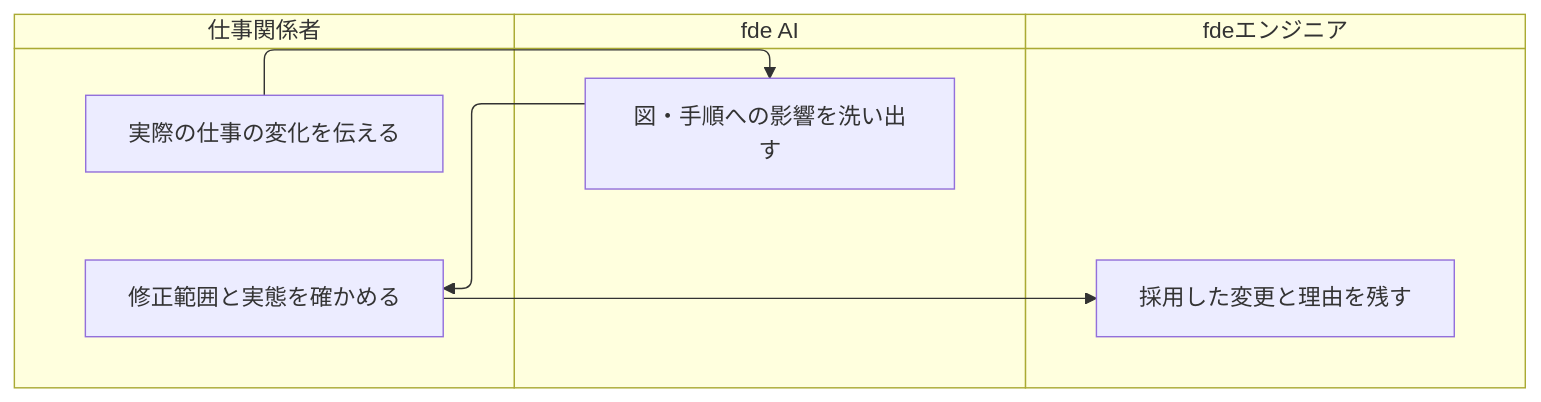
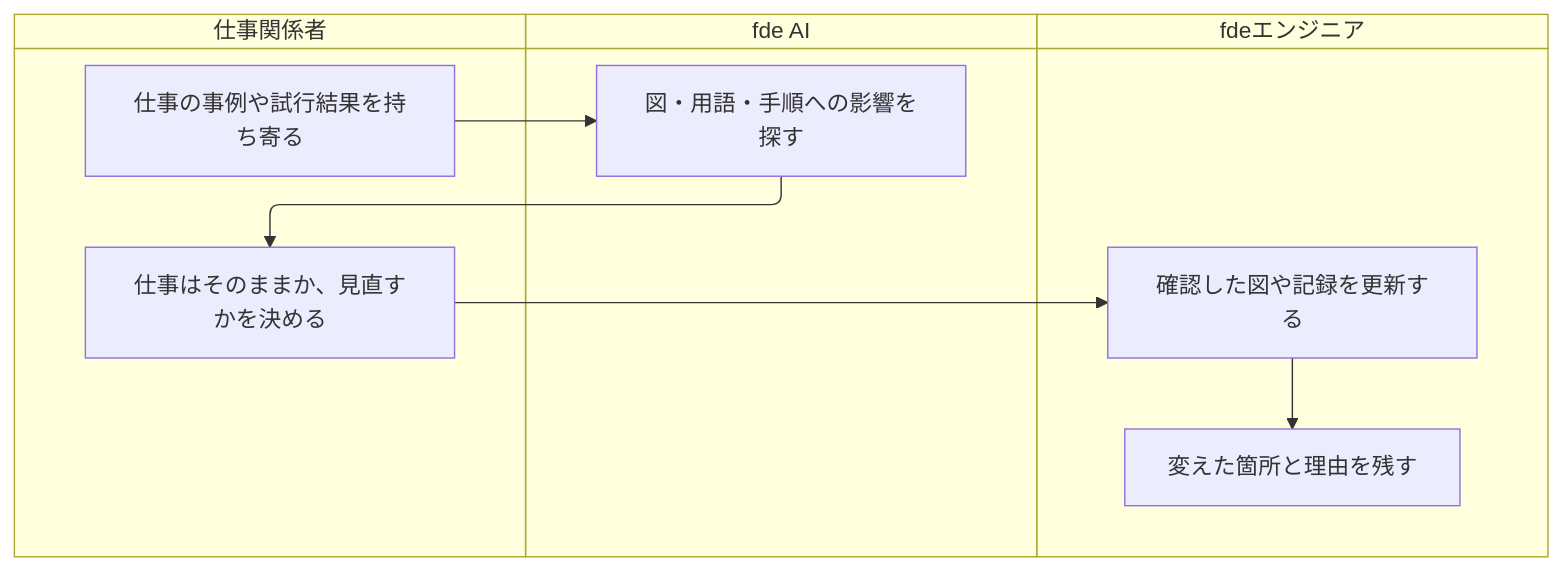
Before and after one commit to maakbo/fde: the second of 2 diagrams in experiments/fde-product-pivot/visualization/work/maintain/README.md, drawn with Mermaid. The commit also changed other lines of this file and 6 other files, not shown here.

````diff
--- a/experiments/fde-product-pivot/visualization/work/maintain/README.md
+++ b/experiments/fde-product-pivot/visualization/work/maintain/README.md
@@ -50,15 +64,16 @@
 ```mermaid
 swimlane-beta TB
-  %% 展開対象: b_maintain。仕事関係者の確認を飛ばさない。
+  %% 手順は上から下。誰が判断し、どこで情報を受け渡すかを示す。
   subgraph people [仕事関係者]
-    ask["実際の仕事の変化を伝える"]
-    check["修正範囲と実態を確かめる"]
+    note["仕事の事例や試行結果を持ち寄る"]
+    confirm["仕事はそのままか、見直すかを決める"]
   end
-  subgraph assistant_role [fde AI]
-    prepare["図・手順への影響を洗い出す"]
+  subgraph ai [fde AI]
+    impact["図・用語・手順への影響を探す"]
   end
   subgraph engineer [fdeエンジニア]
-    record["採用した変更と理由を残す"]
+    update["確認した図や記録を更新する"]
+    record["変えた箇所と理由を残す"]
   end
-  ask --> prepare --> check --> record
+  note --> impact --> confirm --> update --> record
 ```
````
